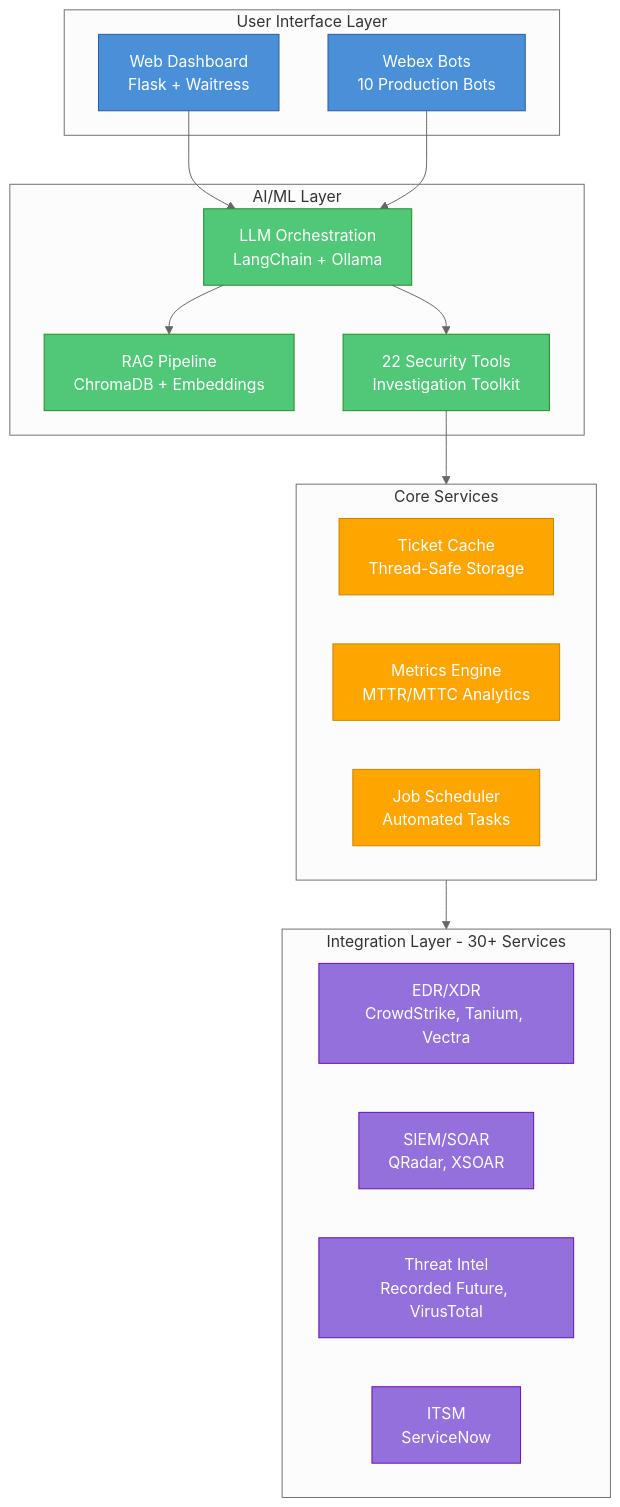
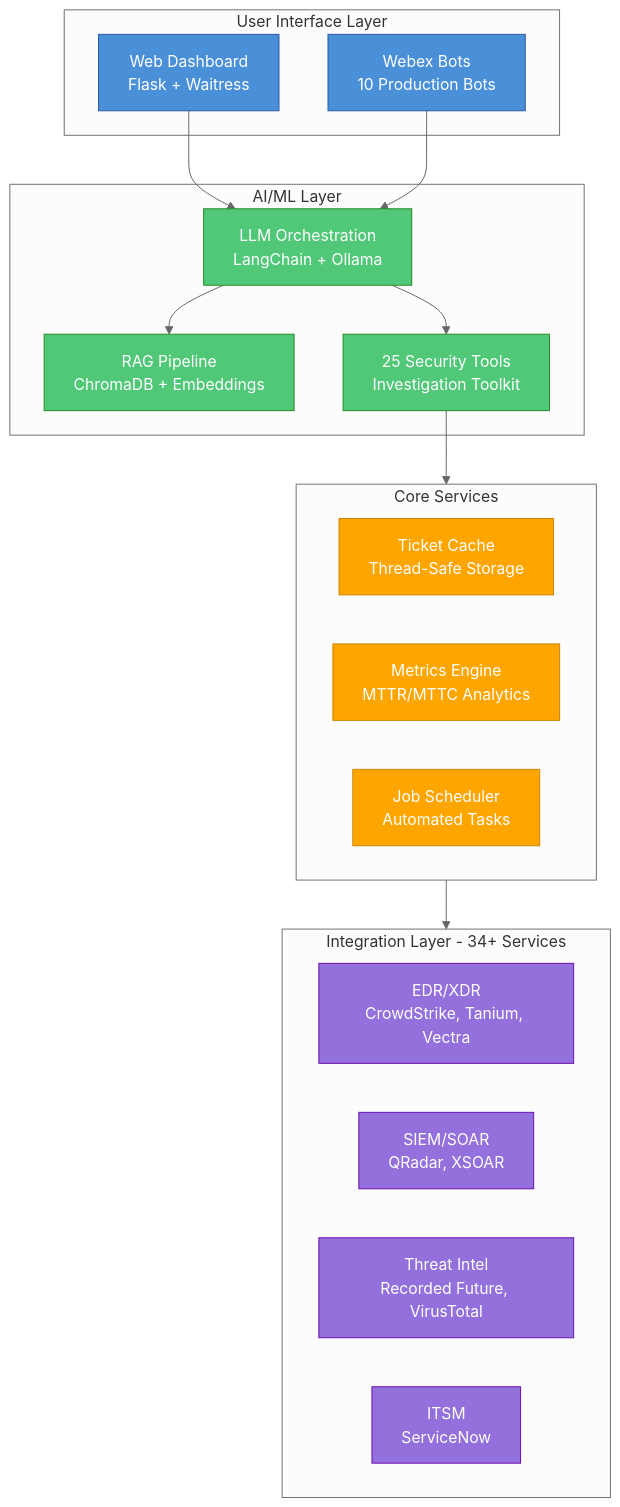
The first of 2 diagrams in README.md (vinayvobbili/security-ops-platform), drawn with Mermaid (neutral theme) before and after one commit. The commit also changed other lines of this file and 7 other files, not shown here.

````diff
--- a/README.md
+++ b/README.md
@@ -100,44 +144,44 @@
 ```mermaid
 flowchart TB
     subgraph UI["User Interface Layer"]
         WEB[Web Dashboard<br/>Flask + Waitress]
         BOTS[Webex Bots<br/>10 Production Bots]
     end
 
     subgraph AI["AI/ML Layer"]
         LLM[LLM Orchestration<br/>LangChain + Ollama]
         RAG[RAG Pipeline<br/>ChromaDB + Embeddings]
-        TOOLS[22 Security Tools<br/>Investigation Toolkit]
+        TOOLS[25 Security Tools<br/>Investigation Toolkit]
     end
 
     subgraph CORE["Core Services"]
         CACHE[Ticket Cache<br/>Thread-Safe Storage]
         METRICS[Metrics Engine<br/>MTTR/MTTC Analytics]
         SCHEDULER[Job Scheduler<br/>Automated Tasks]
     end
 
-    subgraph INT["Integration Layer - 30+ Services"]
+    subgraph INT["Integration Layer - 34+ Services"]
         direction LR
         EDR[EDR/XDR<br/>CrowdStrike, Tanium, Vectra]
         SIEM[SIEM/SOAR<br/>QRadar, XSOAR]
         INTEL[Threat Intel<br/>Recorded Future, VirusTotal]
         ITSM[ITSM<br/>ServiceNow]
     end
 
     WEB --> LLM
     BOTS --> LLM
     LLM --> RAG
     LLM --> TOOLS
     TOOLS --> CORE
     CORE --> INT
 
     classDef ui fill:#4a90d9,stroke:#2c5aa0,color:#fff
     classDef ai fill:#50c878,stroke:#228b22,color:#fff
     classDef core fill:#ffa500,stroke:#cc8400,color:#fff
     classDef int fill:#9370db,stroke:#6a0dad,color:#fff
 
     class WEB,BOTS ui
     class LLM,RAG,TOOLS ai
     class CACHE,METRICS,SCHEDULER core
     class EDR,SIEM,INTEL,ITSM int
 ```
````
